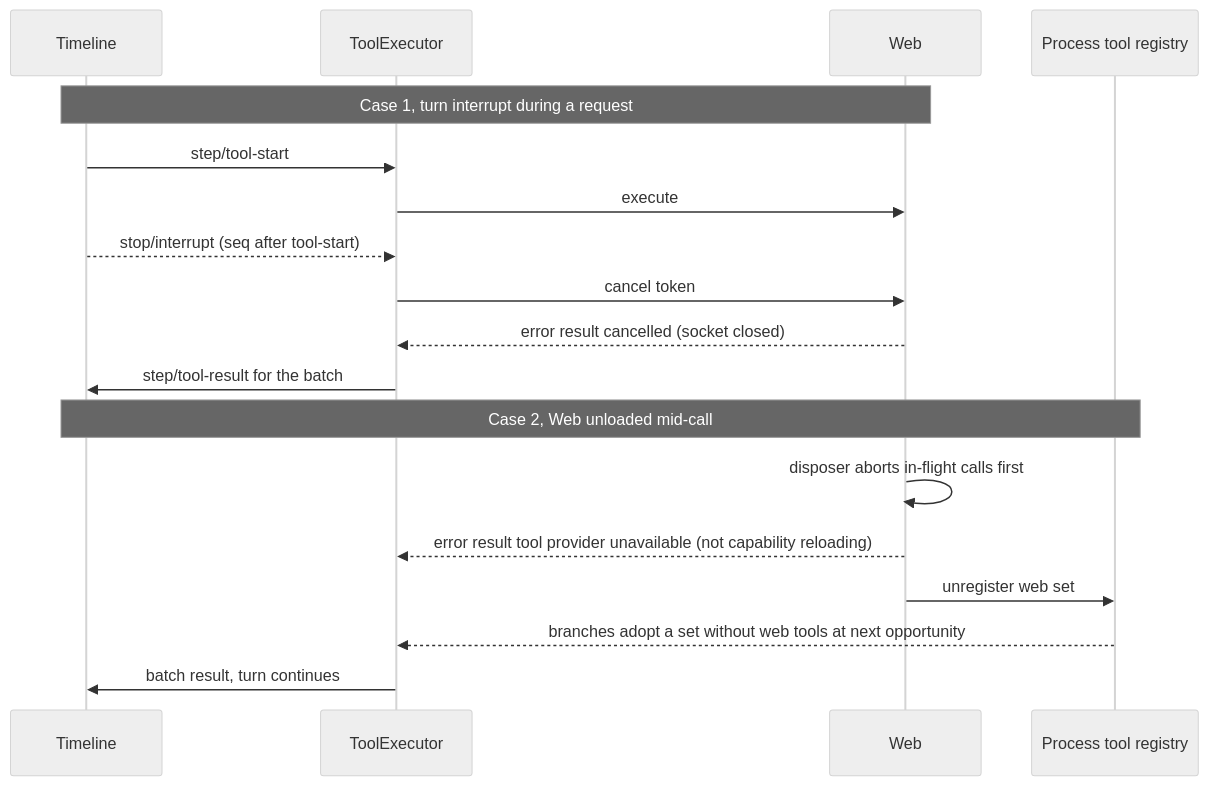
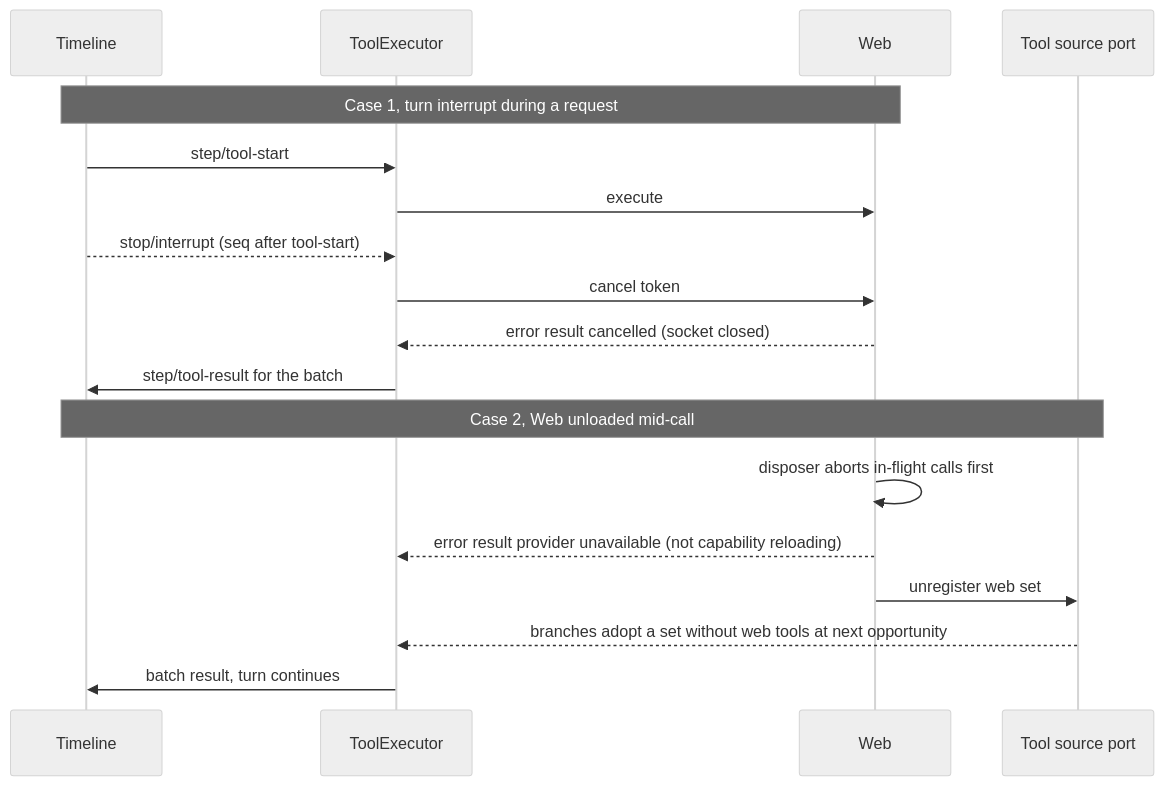
Before and after one commit to CoutinhoTTS/dim-agent: the sixth of 6 diagrams in docs/design/plugins/Web.md, drawn with Mermaid (neutral theme). The commit also changed other lines of this file and 3 other files, not shown here.

````diff
--- a/docs/design/plugins/Web.md
+++ b/docs/design/plugins/Web.md
@@ -155,20 +149,20 @@
 ```mermaid
 sequenceDiagram
   participant TL as Timeline
   participant X as ToolExecutor
   participant W as Web
-  participant R as Process tool registry
+  participant R as Tool source port
   Note over TL,W: Case 1, turn interrupt during a request
   TL->>X: step/tool-start
   X->>W: execute
   TL-->>X: stop/interrupt (seq after tool-start)
   X->>W: cancel token
   W-->>X: error result cancelled (socket closed)
   X->>TL: step/tool-result for the batch
   Note over TL,R: Case 2, Web unloaded mid-call
   W->>W: disposer aborts in-flight calls first
-  W-->>X: error result tool provider unavailable (not capability reloading)
+  W-->>X: error result provider unavailable (not capability reloading)
   W->>R: unregister web set
   R-->>X: branches adopt a set without web tools at next opportunity
   X->>TL: batch result, turn continues
 ```
````
